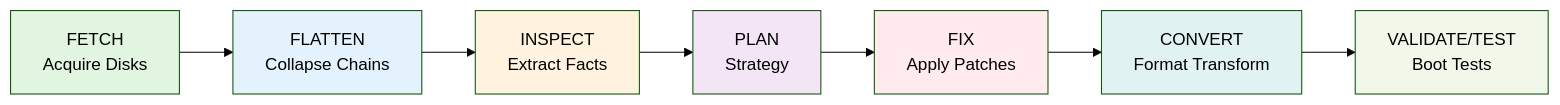
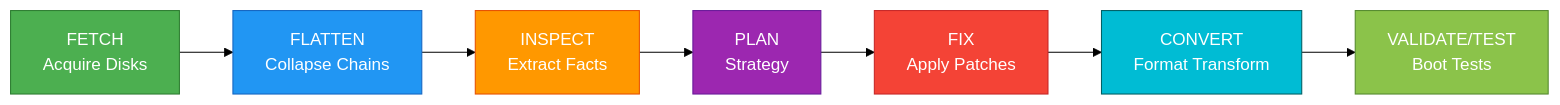
One commit to ssahani/hyper2kvm changed the diagram in docs/01-Architecture.md. Above: the diagram before and after it, drawn with Mermaid (forest theme). The commit also changed 2 other files, not shown here.

Commit message:
docs: Fix and colorize Mermaid diagrams in README and architecture docs
- Fix syntax error in README (4 backticks → 3 backticks)
- Remove undefined V2V reference in control/data-plane diagram
- Add vibrant color schemes to all pipeline and architecture diagrams
- Update vSphere design diagrams with proper colors
- Use consistent Material Design color palette

````diff
--- a/docs/01-Architecture.md
+++ b/docs/01-Architecture.md
@@ -223,17 +223,17 @@
 ```mermaid
 flowchart LR
     FETCH[FETCH<br/>Acquire Disks] --> FLATTEN[FLATTEN<br/>Collapse Chains]
     FLATTEN --> INSPECT[INSPECT<br/>Extract Facts]
     INSPECT --> PLAN[PLAN<br/>Strategy]
     PLAN --> FIX[FIX<br/>Apply Patches]
     FIX --> CONVERT[CONVERT<br/>Format Transform]
     CONVERT --> VALIDATE[VALIDATE/TEST<br/>Boot Tests]
-    
-    style FETCH fill:#e1f5e1
-    style FLATTEN fill:#e3f2fd
-    style INSPECT fill:#fff3e0
-    style PLAN fill:#f3e5f5
-    style FIX fill:#ffebee
-    style CONVERT fill:#e0f2f1
-    style VALIDATE fill:#f1f8e9
+
+    style FETCH fill:#4CAF50,stroke:#2E7D32,color:#fff
+    style FLATTEN fill:#2196F3,stroke:#1565C0,color:#fff
+    style INSPECT fill:#FF9800,stroke:#E65100,color:#fff
+    style PLAN fill:#9C27B0,stroke:#6A1B9A,color:#fff
+    style FIX fill:#F44336,stroke:#C62828,color:#fff
+    style CONVERT fill:#00BCD4,stroke:#006064,color:#fff
+    style VALIDATE fill:#8BC34A,stroke:#558B2F,color:#fff
 ```
````
